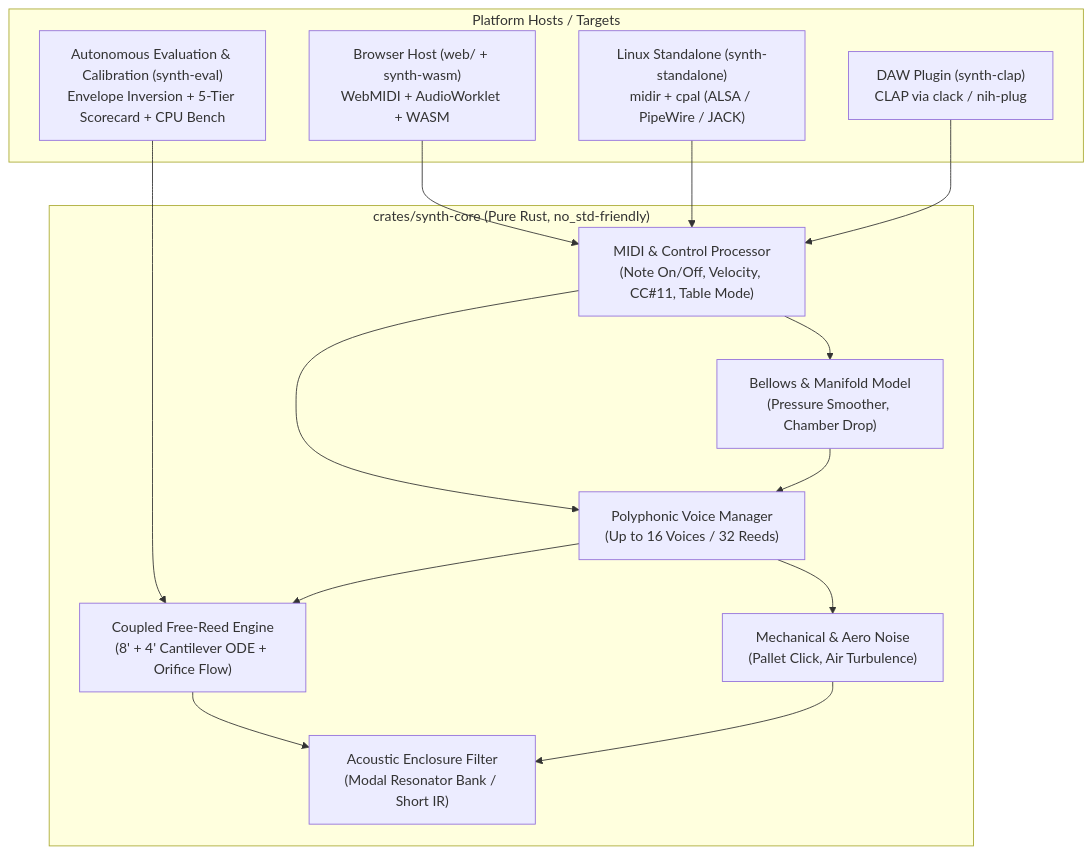
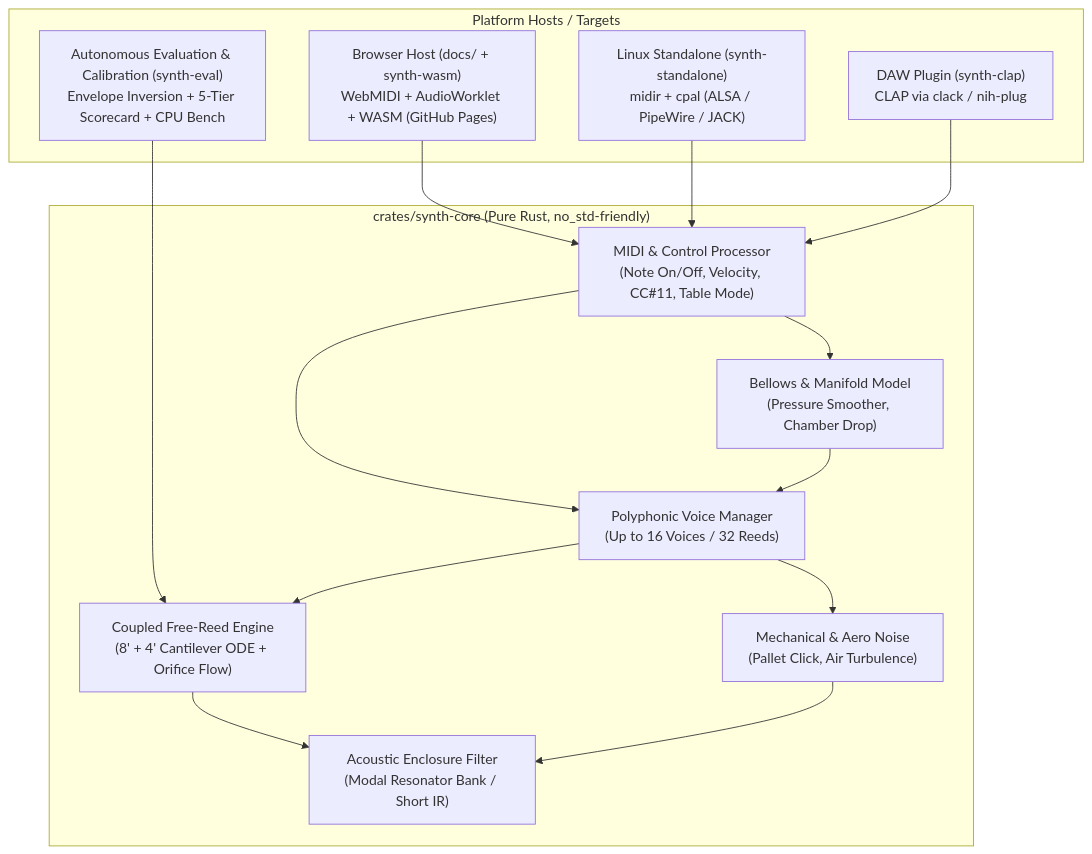
The first of 2 diagrams in docs/DESIGN.md (bandolibre/bandopm), drawn with Mermaid before and after one commit. The commit also changed other lines of this file and 9 other files, not shown here.

Commit message:
Serve BandoPM web app & WASM from docs/ for GitHub Pages and add WASM pre-commit rule to AGENTS.md

````diff
--- a/docs/DESIGN.md
+++ b/docs/DESIGN.md
@@ -7,31 +7,31 @@
 ```mermaid
 flowchart TD
     subgraph Targets["Platform Hosts / Targets"]
-        Web["Browser Host (web/ + synth-wasm)\nWebMIDI + AudioWorklet + WASM"]
+        Web["Browser Host (docs/ + synth-wasm)\nWebMIDI + AudioWorklet + WASM (GitHub Pages)"]
         Linux["Linux Standalone (synth-standalone)\nmidir + cpal (ALSA / PipeWire / JACK)"]
         CLAP["DAW Plugin (synth-clap)\nCLAP via clack / nih-plug"]
         Calib["Autonomous Evaluation & Calibration (synth-eval)\nEnvelope Inversion + 5-Tier Scorecard + CPU Bench"]
     end
 
     subgraph Core["crates/synth-core (Pure Rust, no_std-friendly)"]
         MIDI["MIDI & Control Processor\n(Note On/Off, Velocity, CC#11, Table Mode)"]
         Bellows["Bellows & Manifold Model\n(Pressure Smoother, Chamber Drop)"]
         VoiceMgr["Polyphonic Voice Manager\n(Up to 16 Voices / 32 Reeds)"]
         ReedDSP["Coupled Free-Reed Engine\n(8' + 4' Cantilever ODE + Orifice Flow)"]
         Noise["Mechanical & Aero Noise\n(Pallet Click, Air Turbulence)"]
         Body["Acoustic Enclosure Filter\n(Modal Resonator Bank / Short IR)"]
     end
 
     Web --> MIDI
     Linux --> MIDI
     CLAP --> MIDI
     Calib --> ReedDSP
 
     MIDI --> Bellows
     MIDI --> VoiceMgr
     Bellows --> VoiceMgr
     VoiceMgr --> ReedDSP
     VoiceMgr --> Noise
     ReedDSP --> Body
     Noise --> Body
 ```
````
